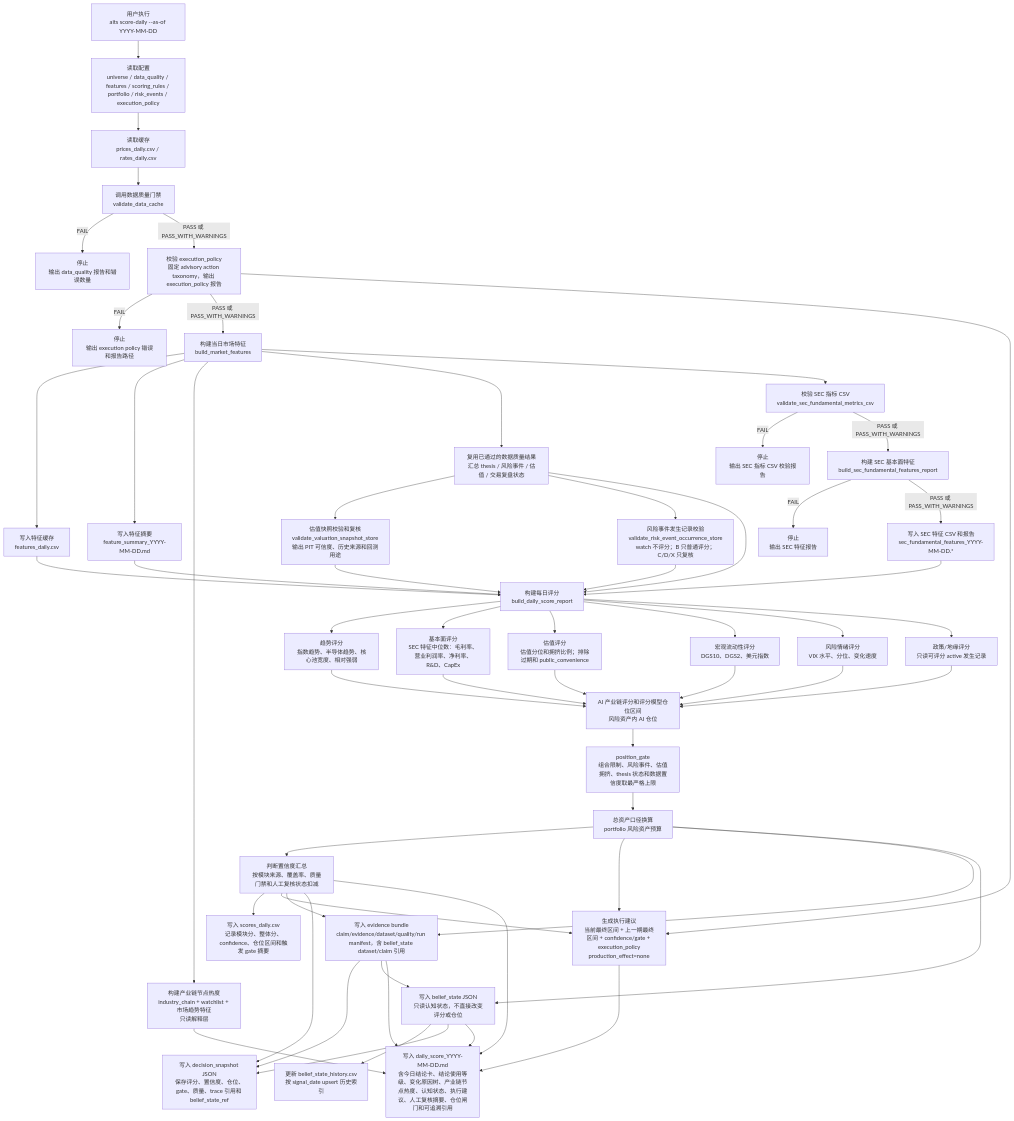
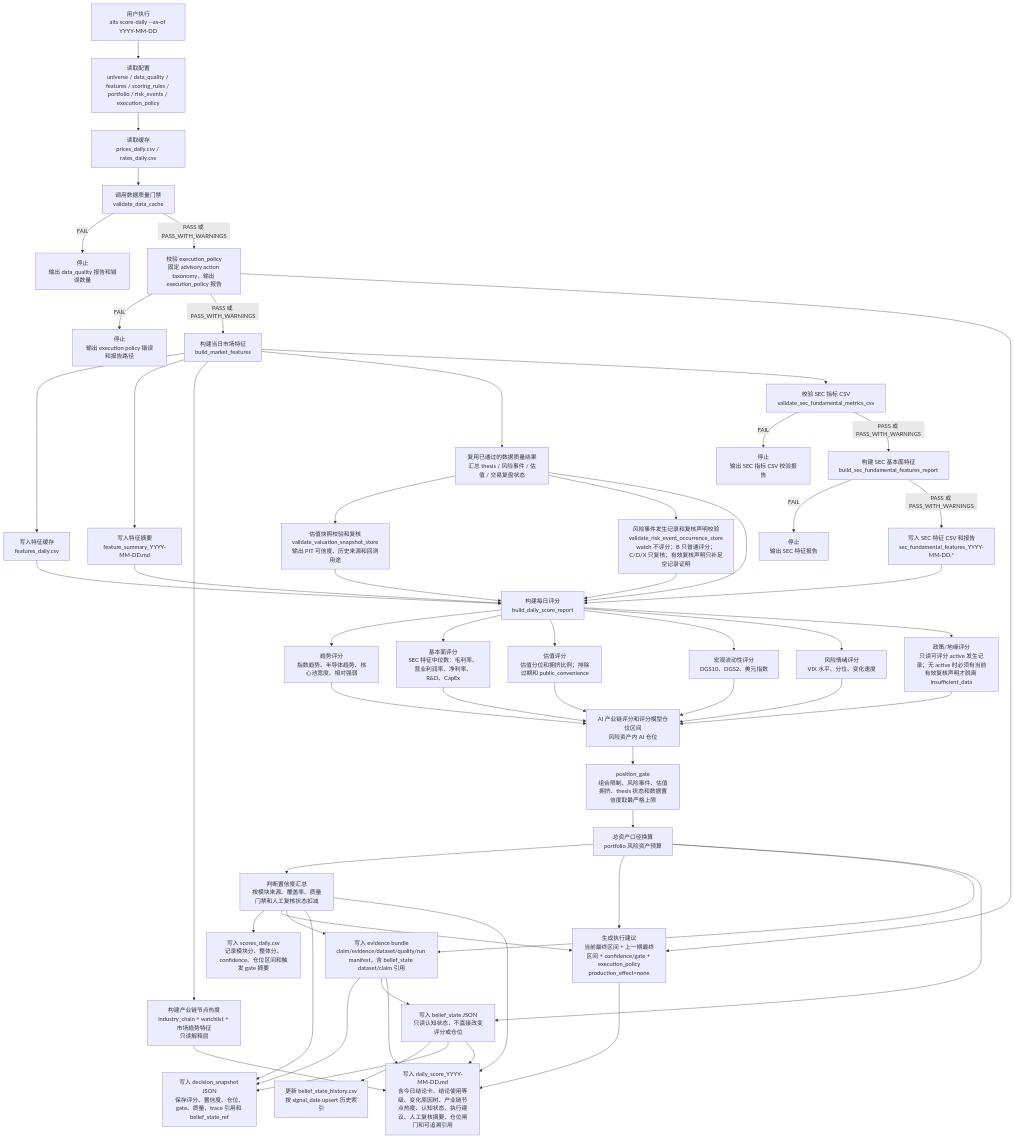
Before and after one commit to AI-Trading-Collaboration/AITradingSystem: the second of 6 diagrams in docs/system_flow.md, drawn with Mermaid. The commit also changed other lines of this file and 12 other files, not shown here.

Commit message:
Implement risk event review attestations

````diff
--- a/docs/system_flow.md
+++ b/docs/system_flow.md
@@ -519,59 +526,59 @@
 ```mermaid
 flowchart TD
     A["用户执行<br/>aits score-daily --as-of YYYY-MM-DD"] --> B["读取配置<br/>universe / data_quality / features / scoring_rules / portfolio / risk_events / execution_policy"]
     B --> C["读取缓存<br/>prices_daily.csv / rates_daily.csv"]
     C --> D["调用数据质量门禁<br/>validate_data_cache"]
     D -->|FAIL| E["停止<br/>输出 data_quality 报告和错误数量"]
     D -->|PASS 或 PASS_WITH_WARNINGS| EP0["校验 execution_policy<br/>固定 advisory action taxonomy，输出 execution_policy 报告"]
     EP0 -->|FAIL| EPF["停止<br/>输出 execution policy 错误和报告路径"]
     EP0 -->|PASS 或 PASS_WITH_WARNINGS| F["构建当日市场特征<br/>build_market_features"]
     F --> G["写入特征缓存<br/>features_daily.csv"]
     F --> H["写入特征摘要<br/>feature_summary_YYYY-MM-DD.md"]
     F --> NH["构建产业链节点热度<br/>industry_chain + watchlist + 市场趋势特征<br/>只读解释层"]
     F --> R["复用已通过的数据质量结果<br/>汇总 thesis / 风险事件 / 估值 / 交易复盘状态"]
     R --> V1["估值快照校验和复核<br/>validate_valuation_snapshot_store<br/>输出 PIT 可信度、历史来源和回测用途"]
-    R --> G1["风险事件发生记录校验<br/>validate_risk_event_occurrence_store<br/>watch 不评分；B 只普通评分；C/D/X 只复核"]
+    R --> G1["风险事件发生记录和复核声明校验<br/>validate_risk_event_occurrence_store<br/>watch 不评分；B 只普通评分；C/D/X 只复核；有效复核声明只补足空记录证明"]
     F --> S1["校验 SEC 指标 CSV<br/>validate_sec_fundamental_metrics_csv"]
     S1 -->|FAIL| S2["停止<br/>输出 SEC 指标 CSV 校验报告"]
     S1 -->|PASS 或 PASS_WITH_WARNINGS| S3["构建 SEC 基本面特征<br/>build_sec_fundamental_features_report"]
     S3 -->|FAIL| S4["停止<br/>输出 SEC 特征报告"]
     S3 -->|PASS 或 PASS_WITH_WARNINGS| S5["写入 SEC 特征 CSV 和报告<br/>sec_fundamental_features_YYYY-MM-DD.*"]
     G --> I["构建每日评分<br/>build_daily_score_report"]
     H --> I
     R --> I
     V1 --> I
     G1 --> I
     S5 --> I
     I --> J["趋势评分<br/>指数趋势、半导体趋势、核心池宽度、相对强弱"]
     I --> F1["基本面评分<br/>SEC 特征中位数：毛利率、营业利润率、净利率、R&D、CapEx"]
     I --> V2["估值评分<br/>估值分位和拥挤比例；排除过期和 public_convenience"]
     I --> K["宏观流动性评分<br/>DGS10、DGS2、美元指数"]
     I --> L["风险情绪评分<br/>VIX 水平、分位、变化速度"]
-    I --> M["政策/地缘评分<br/>只读可评分 active 发生记录"]
+    I --> M["政策/地缘评分<br/>只读可评分 active 发生记录；无 active 时必须有当前有效复核声明才脱离 insufficient_data"]
     J --> N["AI 产业链评分和评分模型仓位区间<br/>风险资产内 AI 仓位"]
     F1 --> N
     V2 --> N
     K --> N
     L --> N
     M --> N
     N --> G2["position_gate<br/>组合限制、风险事件、估值拥挤、thesis 状态和数据置信度取最严格上限"]
     G2 --> O["总资产口径换算<br/>portfolio 风险资产预算"]
     O --> C1["判断置信度汇总<br/>按模块来源、覆盖率、质量门禁和人工复核状态扣减"]
     C1 --> P["写入 scores_daily.csv<br/>记录模块分、整体分、confidence、仓位区间和触发 gate 摘要"]
     O --> EP1["生成执行建议<br/>当前最终区间 + 上一期最终区间 + confidence/gate + execution_policy<br/>production_effect=none"]
     C1 --> EP1
     EP0 --> EP1
     O --> T["写入 evidence bundle<br/>claim/evidence/dataset/quality/run manifest，含 belief_state dataset/claim 引用"]
     C1 --> T
     T --> D0["写入 decision_snapshot JSON<br/>保存评分、置信度、仓位、gate、质量、trace 引用和 belief_state_ref"]
     C1 --> D0
     O --> BS["写入 belief_state JSON<br/>只读认知状态，不直接改变评分或仓位"]
     T --> BS
     BS --> BH["更新 belief_state_history.csv<br/>按 signal_date upsert 历史索引"]
     BS --> D0
     T --> Q["写入 daily_score_YYYY-MM-DD.md<br/>含今日结论卡、结论使用等级、变化原因树、产业链节点热度、认知状态、执行建议、人工复核摘要、仓位闸门和可追溯引用"]
     C1 --> Q
     NH --> Q
     BS --> Q
     EP1 --> Q
 ```
````
